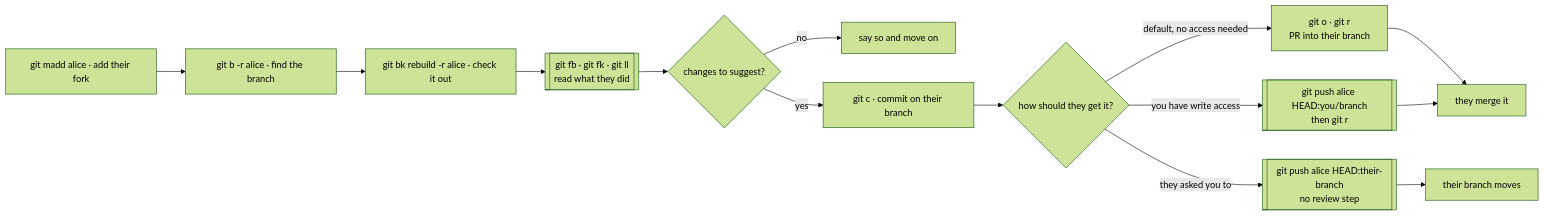
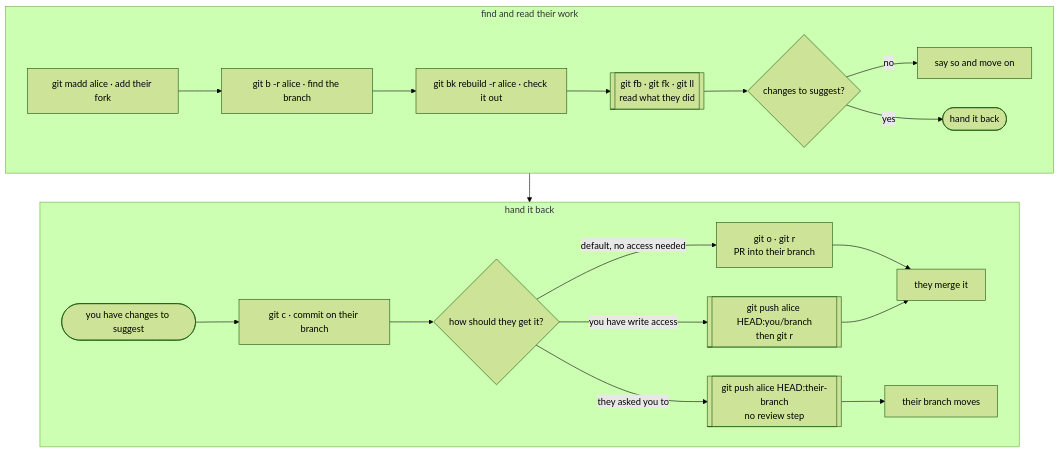
Before and after one commit to adrian-enspired/gitconfig: the diagram in docs/working-with-a-collaborator.md, drawn with Mermaid (forest theme). The commit also changed 11 other files, not shown here.

````diff
--- a/docs/working-with-a-collaborator.md
+++ b/docs/working-with-a-collaborator.md
@@ -6,16 +6,24 @@
 ```mermaid
-flowchart LR
-    A["git madd alice · add their fork"] --> B["git b -r alice · find the branch"]
-    B --> C["git bk rebuild -r alice · check it out"]
-    C --> D[["git fb · git fk · git ll<br/>read what they did"]]
-    D --> E{changes to suggest?}
-    E -- no --> F[say so and move on]
-    E -- yes --> G["git c · commit on their branch"]
-    G --> H{how should they get it?}
-    H -- default, no access needed --> I["git o · git r<br/>PR into their branch"]
-    H -- you have write access --> J[["git push alice HEAD:you/branch<br/>then git r"]]
-    H -- they asked you to --> K[["git push alice HEAD:their-branch<br/>no review step"]]
-    I --> L[they merge it]
-    J --> L
-    K --> M[their branch moves]
+flowchart TD
+    subgraph one ["find and read their work"]
+        direction LR
+        A["git madd alice · add their fork"] --> B["git b -r alice · find the branch"]
+        B --> C["git bk rebuild -r alice · check it out"]
+        C --> D[["git fb · git fk · git ll<br/>read what they did"]]
+        D --> E{changes to suggest?}
+        E -- no --> F[say so and move on]
+        E -- yes --> G(["hand it back"])
+    end
+    subgraph two ["hand it back"]
+        direction LR
+        H(["you have changes to suggest"]) --> I["git c · commit on their branch"]
+        I --> J{how should they get it?}
+        J -- default, no access needed --> K["git o · git r<br/>PR into their branch"]
+        J -- you have write access --> L[["git push alice HEAD:you/branch<br/>then git r"]]
+        J -- they asked you to --> M[["git push alice HEAD:their-branch<br/>no review step"]]
+        K --> N[they merge it]
+        L --> N
+        M --> O[their branch moves]
+    end
+    one --> two
 ```
````
